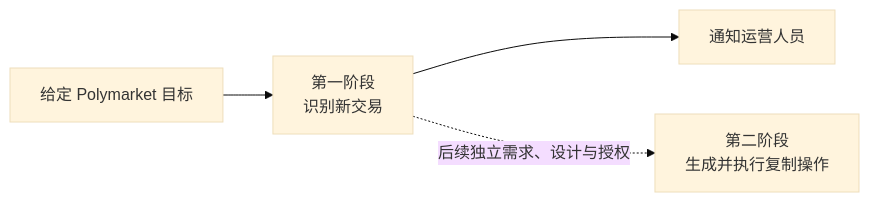
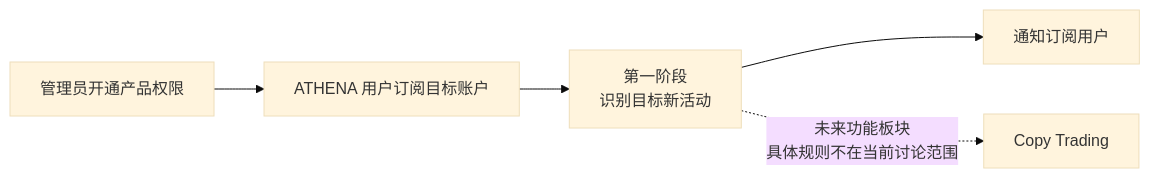
Before and after one commit to useryege/athena-o: the diagram in docs/requirements/polymarket-copy-trading/README.md, drawn with Mermaid (base theme). The commit also changed other lines of this file and 3 other files, not shown here.

````diff
--- a/docs/requirements/polymarket-copy-trading/README.md
+++ b/docs/requirements/polymarket-copy-trading/README.md
@@ -16,6 +16,7 @@
 ```mermaid
 flowchart LR
-    A[给定 Polymarket 目标] --> B[第一阶段<br/>识别新交易]
-    B --> C[通知运营人员]
-    B -. 后续独立需求、设计与授权 .-> D[第二阶段<br/>生成并执行复制操作]
+    A[管理员开通产品权限] --> B[ATHENA 用户订阅目标账户]
+    B --> C[第一阶段<br/>识别目标新活动]
+    C --> D[通知订阅用户]
+    C -. 未来功能板块<br/>具体规则不在当前讨论范围 .-> E[Copy Trading]
 ```
````
